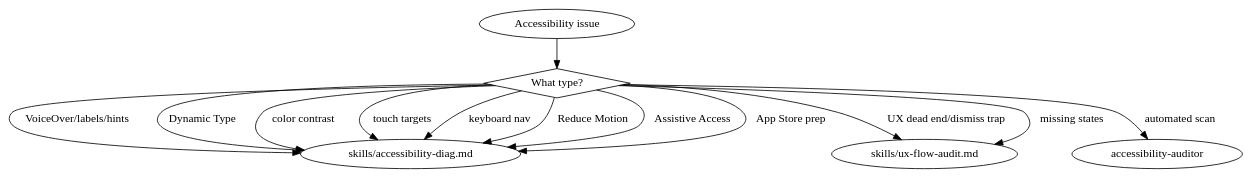
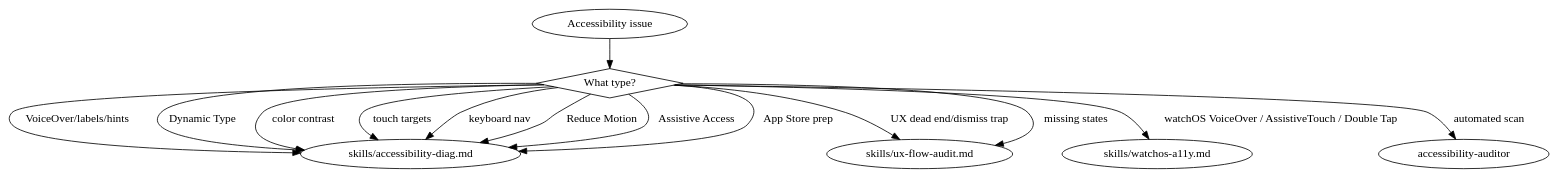
The diagram in .claude-plugin/plugins/axiom/skills/axiom-accessibility/SKILL.md (CharlesWiltgen/Axiom), drawn with Graphviz before and after one commit. The commit also changed other lines of this file and 3 other files, not shown here.

````diff
--- a/.claude-plugin/plugins/axiom/skills/axiom-accessibility/SKILL.md
+++ b/.claude-plugin/plugins/axiom/skills/axiom-accessibility/SKILL.md
@@ -32,19 +37,20 @@
 ```dot
 digraph accessibility {
     start [label="Accessibility issue" shape=ellipse];
     what [label="What type?" shape=diamond];
 
     start -> what;
     what -> "skills/accessibility-diag.md" [label="VoiceOver/labels/hints"];
     what -> "skills/accessibility-diag.md" [label="Dynamic Type"];
     what -> "skills/accessibility-diag.md" [label="color contrast"];
     what -> "skills/accessibility-diag.md" [label="touch targets"];
     what -> "skills/accessibility-diag.md" [label="keyboard nav"];
     what -> "skills/accessibility-diag.md" [label="Reduce Motion"];
     what -> "skills/accessibility-diag.md" [label="Assistive Access"];
     what -> "skills/accessibility-diag.md" [label="App Store prep"];
     what -> "skills/ux-flow-audit.md" [label="UX dead end/dismiss trap"];
     what -> "skills/ux-flow-audit.md" [label="missing states"];
+    what -> "skills/watchos-a11y.md" [label="watchOS VoiceOver / AssistiveTouch / Double Tap"];
     what -> "accessibility-auditor" [label="automated scan" shape=box];
 }
 ```
````
